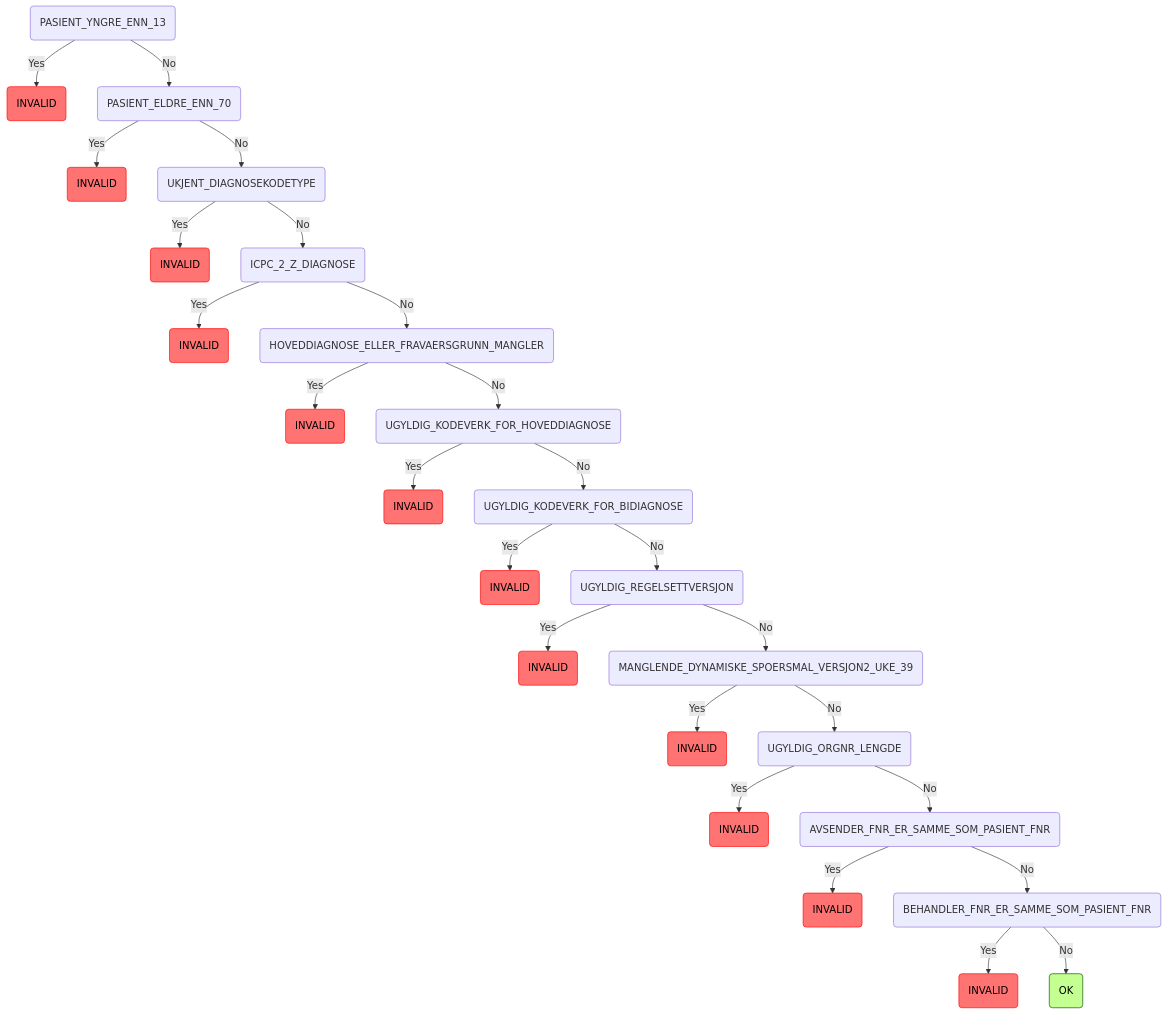
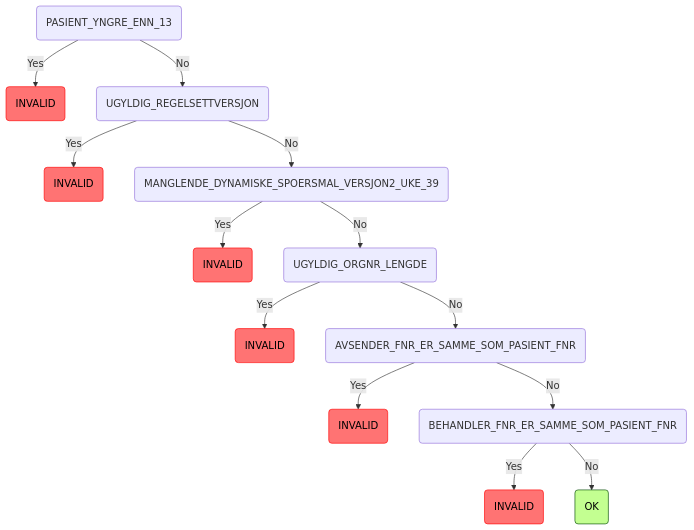
One commit to navikt/syfosmregler changed the sixth of 8 diagrams in README.md. Above: the diagram before and after it, drawn with Mermaid. The commit also changed other lines of this file and 13 other files, not shown here.

````diff
--- a/README.md
+++ b/README.md
@@ -238,32 +240,20 @@
 ```mermaid
 graph TD
     root(PASIENT_YNGRE_ENN_13) -->|Yes| root_PASIENT_YNGRE_ENN_13_INVALID(INVALID):::invalid
-    root(PASIENT_YNGRE_ENN_13) -->|No| root_PASIENT_YNGRE_ENN_13_PASIENT_ELDRE_ENN_70(PASIENT_ELDRE_ENN_70)
-    root_PASIENT_YNGRE_ENN_13_PASIENT_ELDRE_ENN_70(PASIENT_ELDRE_ENN_70) -->|Yes| root_PASIENT_YNGRE_ENN_13_PASIENT_ELDRE_ENN_70_INVALID(INVALID):::invalid
-    root_PASIENT_YNGRE_ENN_13_PASIENT_ELDRE_ENN_70(PASIENT_ELDRE_ENN_70) -->|No| root_PASIENT_YNGRE_ENN_13_PASIENT_ELDRE_ENN_70_UKJENT_DIAGNOSEKODETYPE(UKJENT_DIAGNOSEKODETYPE)
-    root_PASIENT_YNGRE_ENN_13_PASIENT_ELDRE_ENN_70_UKJENT_DIAGNOSEKODETYPE(UKJENT_DIAGNOSEKODETYPE) -->|Yes| root_PASIENT_YNGRE_ENN_13_PASIENT_ELDRE_ENN_70_UKJENT_DIAGNOSEKODETYPE_INVALID(INVALID):::invalid
-    root_PASIENT_YNGRE_ENN_13_PASIENT_ELDRE_ENN_70_UKJENT_DIAGNOSEKODETYPE(UKJENT_DIAGNOSEKODETYPE) -->|No| root_PASIENT_YNGRE_ENN_13_PASIENT_ELDRE_ENN_70_UKJENT_DIAGNOSEKODETYPE_ICPC_2_Z_DIAGNOSE(ICPC_2_Z_DIAGNOSE)
-    root_PASIENT_YNGRE_ENN_13_PASIENT_ELDRE_ENN_70_UKJENT_DIAGNOSEKODETYPE_ICPC_2_Z_DIAGNOSE(ICPC_2_Z_DIAGNOSE) -->|Yes| root_PASIENT_YNGRE_ENN_13_PASIENT_ELDRE_ENN_70_UKJENT_DIAGNOSEKODETYPE_ICPC_2_Z_DIAGNOSE_INVALID(INVALID):::invalid
-    root_PASIENT_YNGRE_ENN_13_PASIENT_ELDRE_ENN_70_UKJENT_DIAGNOSEKODETYPE_ICPC_2_Z_DIAGNOSE(ICPC_2_Z_DIAGNOSE) -->|No| root_PASIENT_YNGRE_ENN_13_PASIENT_ELDRE_ENN_70_UKJENT_DIAGNOSEKODETYPE_ICPC_2_Z_DIAGNOSE_HOVEDDIAGNOSE_ELLER_FRAVAERSGRUNN_MANGLER(HOVEDDIAGNOSE_ELLER_FRAVAERSGRUNN_MANGLER)
-    root_PASIENT_YNGRE_ENN_13_PASIENT_ELDRE_ENN_70_UKJENT_DIAGNOSEKODETYPE_ICPC_2_Z_DIAGNOSE_HOVEDDIAGNOSE_ELLER_FRAVAERSGRUNN_MANGLER(HOVEDDIAGNOSE_ELLER_FRAVAERSGRUNN_MANGLER) -->|Yes| root_PASIENT_YNGRE_ENN_13_PASIENT_ELDRE_ENN_70_UKJENT_DIAGNOSEKODETYPE_ICPC_2_Z_DIAGNOSE_HOVEDDIAGNOSE_ELLER_FRAVAERSGRUNN_MANGLER_INVALID(INVALID):::invalid
-    root_PASIENT_YNGRE_ENN_13_PASIENT_ELDRE_ENN_70_UKJENT_DIAGNOSEKODETYPE_ICPC_2_Z_DIAGNOSE_HOVEDDIAGNOSE_ELLER_FRAVAERSGRUNN_MANGLER(HOVEDDIAGNOSE_ELLER_FRAVAERSGRUNN_MANGLER) -->|No| root_PASIENT_YNGRE_ENN_13_PASIENT_ELDRE_ENN_70_UKJENT_DIAGNOSEKODETYPE_ICPC_2_Z_DIAGNOSE_HOVEDDIAGNOSE_ELLER_FRAVAERSGRUNN_MANGLER_UGYLDIG_KODEVERK_FOR_HOVEDDIAGNOSE(UGYLDIG_KODEVERK_FOR_HOVEDDIAGNOSE)
-    root_PASIENT_YNGRE_ENN_13_PASIENT_ELDRE_ENN_70_UKJENT_DIAGNOSEKODETYPE_ICPC_2_Z_DIAGNOSE_HOVEDDIAGNOSE_ELLER_FRAVAERSGRUNN_MANGLER_UGYLDIG_KODEVERK_FOR_HOVEDDIAGNOSE(UGYLDIG_KODEVERK_FOR_HOVEDDIAGNOSE) -->|Yes| root_PASIENT_YNGRE_ENN_13_PASIENT_ELDRE_ENN_70_UKJENT_DIAGNOSEKODETYPE_ICPC_2_Z_DIAGNOSE_HOVEDDIAGNOSE_ELLER_FRAVAERSGRUNN_MANGLER_UGYLDIG_KODEVERK_FOR_HOVEDDIAGNOSE_INVALID(INVALID):::invalid
-    root_PASIENT_YNGRE_ENN_13_PASIENT_ELDRE_ENN_70_UKJENT_DIAGNOSEKODETYPE_ICPC_2_Z_DIAGNOSE_HOVEDDIAGNOSE_ELLER_FRAVAERSGRUNN_MANGLER_UGYLDIG_KODEVERK_FOR_HOVEDDIAGNOSE(UGYLDIG_KODEVERK_FOR_HOVEDDIAGNOSE) -->|No| root_PASIENT_YNGRE_ENN_13_PASIENT_ELDRE_ENN_70_UKJENT_DIAGNOSEKODETYPE_ICPC_2_Z_DIAGNOSE_HOVEDDIAGNOSE_ELLER_FRAVAERSGRUNN_MANGLER_UGYLDIG_KODEVERK_FOR_HOVEDDIAGNOSE_UGYLDIG_KODEVERK_FOR_BIDIAGNOSE(UGYLDIG_KODEVERK_FOR_BIDIAGNOSE)
-    root_PASIENT_YNGRE_ENN_13_PASIENT_ELDRE_ENN_70_UKJENT_DIAGNOSEKODETYPE_ICPC_2_Z_DIAGNOSE_HOVEDDIAGNOSE_ELLER_FRAVAERSGRUNN_MANGLER_UGYLDIG_KODEVERK_FOR_HOVEDDIAGNOSE_UGYLDIG_KODEVERK_FOR_BIDIAGNOSE(UGYLDIG_KODEVERK_FOR_BIDIAGNOSE) -->|Yes| root_PASIENT_YNGRE_ENN_13_PASIENT_ELDRE_ENN_70_UKJENT_DIAGNOSEKODETYPE_ICPC_2_Z_DIAGNOSE_HOVEDDIAGNOSE_ELLER_FRAVAERSGRUNN_MANGLER_UGYLDIG_KODEVERK_FOR_HOVEDDIAGNOSE_UGYLDIG_KODEVERK_FOR_BIDIAGNOSE_INVALID(INVALID):::invalid
-    root_PASIENT_YNGRE_ENN_13_PASIENT_ELDRE_ENN_70_UKJENT_DIAGNOSEKODETYPE_ICPC_2_Z_DIAGNOSE_HOVEDDIAGNOSE_ELLER_FRAVAERSGRUNN_MANGLER_UGYLDIG_KODEVERK_FOR_HOVEDDIAGNOSE_UGYLDIG_KODEVERK_FOR_BIDIAGNOSE(UGYLDIG_KODEVERK_FOR_BIDIAGNOSE) -->|No| root_PASIENT_YNGRE_ENN_13_PASIENT_ELDRE_ENN_70_UKJENT_DIAGNOSEKODETYPE_ICPC_2_Z_DIAGNOSE_HOVEDDIAGNOSE_ELLER_FRAVAERSGRUNN_MANGLER_UGYLDIG_KODEVERK_FOR_HOVEDDIAGNOSE_UGYLDIG_KODEVERK_FOR_BIDIAGNOSE_UGYLDIG_REGELSETTVERSJON(UGYLDIG_REGELSETTVERSJON)
-    root_PASIENT_YNGRE_ENN_13_PASIENT_ELDRE_ENN_70_UKJENT_DIAGNOSEKODETYPE_ICPC_2_Z_DIAGNOSE_HOVEDDIAGNOSE_ELLER_FRAVAERSGRUNN_MANGLER_UGYLDIG_KODEVERK_FOR_HOVEDDIAGNOSE_UGYLDIG_KODEVERK_FOR_BIDIAGNOSE_UGYLDIG_REGELSETTVERSJON(UGYLDIG_REGELSETTVERSJON) -->|Yes| root_PASIENT_YNGRE_ENN_13_PASIENT_ELDRE_ENN_70_UKJENT_DIAGNOSEKODETYPE_ICPC_2_Z_DIAGNOSE_HOVEDDIAGNOSE_ELLER_FRAVAERSGRUNN_MANGLER_UGYLDIG_KODEVERK_FOR_HOVEDDIAGNOSE_UGYLDIG_KODEVERK_FOR_BIDIAGNOSE_UGYLDIG_REGELSETTVERSJON_INVALID(INVALID):::invalid
-    root_PASIENT_YNGRE_ENN_13_PASIENT_ELDRE_ENN_70_UKJENT_DIAGNOSEKODETYPE_ICPC_2_Z_DIAGNOSE_HOVEDDIAGNOSE_ELLER_FRAVAERSGRUNN_MANGLER_UGYLDIG_KODEVERK_FOR_HOVEDDIAGNOSE_UGYLDIG_KODEVERK_FOR_BIDIAGNOSE_UGYLDIG_REGELSETTVERSJON(UGYLDIG_REGELSETTVERSJON) -->|No| root_PASIENT_YNGRE_ENN_13_PASIENT_ELDRE_ENN_70_UKJENT_DIAGNOSEKODETYPE_ICPC_2_Z_DIAGNOSE_HOVEDDIAGNOSE_ELLER_FRAVAERSGRUNN_MANGLER_UGYLDIG_KODEVERK_FOR_HOVEDDIAGNOSE_UGYLDIG_KODEVERK_FOR_BIDIAGNOSE_UGYLDIG_REGELSETTVERSJON_MANGLENDE_DYNAMISKE_SPOERSMAL_VERSJON2_UKE_39(MANGLENDE_DYNAMISKE_SPOERSMAL_VERSJON2_UKE_39)
-    root_PASIENT_YNGRE_ENN_13_PASIENT_ELDRE_ENN_70_UKJENT_DIAGNOSEKODETYPE_ICPC_2_Z_DIAGNOSE_HOVEDDIAGNOSE_ELLER_FRAVAERSGRUNN_MANGLER_UGYLDIG_KODEVERK_FOR_HOVEDDIAGNOSE_UGYLDIG_KODEVERK_FOR_BIDIAGNOSE_UGYLDIG_REGELSETTVERSJON_MANGLENDE_DYNAMISKE_SPOERSMAL_VERSJON2_UKE_39(MANGLENDE_DYNAMISKE_SPOERSMAL_VERSJON2_UKE_39) -->|Yes| root_PASIENT_YNGRE_ENN_13_PASIENT_ELDRE_ENN_70_UKJENT_DIAGNOSEKODETYPE_ICPC_2_Z_DIAGNOSE_HOVEDDIAGNOSE_ELLER_FRAVAERSGRUNN_MANGLER_UGYLDIG_KODEVERK_FOR_HOVEDDIAGNOSE_UGYLDIG_KODEVERK_FOR_BIDIAGNOSE_UGYLDIG_REGELSETTVERSJON_MANGLENDE_DYNAMISKE_SPOERSMAL_VERSJON2_UKE_39_INVALID(INVALID):::invalid
-    root_PASIENT_YNGRE_ENN_13_PASIENT_ELDRE_ENN_70_UKJENT_DIAGNOSEKODETYPE_ICPC_2_Z_DIAGNOSE_HOVEDDIAGNOSE_ELLER_FRAVAERSGRUNN_MANGLER_UGYLDIG_KODEVERK_FOR_HOVEDDIAGNOSE_UGYLDIG_KODEVERK_FOR_BIDIAGNOSE_UGYLDIG_REGELSETTVERSJON_MANGLENDE_DYNAMISKE_SPOERSMAL_VERSJON2_UKE_39(MANGLENDE_DYNAMISKE_SPOERSMAL_VERSJON2_UKE_39) -->|No| root_PASIENT_YNGRE_ENN_13_PASIENT_ELDRE_ENN_70_UKJENT_DIAGNOSEKODETYPE_ICPC_2_Z_DIAGNOSE_HOVEDDIAGNOSE_ELLER_FRAVAERSGRUNN_MANGLER_UGYLDIG_KODEVERK_FOR_HOVEDDIAGNOSE_UGYLDIG_KODEVERK_FOR_BIDIAGNOSE_UGYLDIG_REGELSETTVERSJON_MANGLENDE_DYNAMISKE_SPOERSMAL_VERSJON2_UKE_39_UGYLDIG_ORGNR_LENGDE(UGYLDIG_ORGNR_LENGDE)
-    root_PASIENT_YNGRE_ENN_13_PASIENT_ELDRE_ENN_70_UKJENT_DIAGNOSEKODETYPE_ICPC_2_Z_DIAGNOSE_HOVEDDIAGNOSE_ELLER_FRAVAERSGRUNN_MANGLER_UGYLDIG_KODEVERK_FOR_HOVEDDIAGNOSE_UGYLDIG_KODEVERK_FOR_BIDIAGNOSE_UGYLDIG_REGELSETTVERSJON_MANGLENDE_DYNAMISKE_SPOERSMAL_VERSJON2_UKE_39_UGYLDIG_ORGNR_LENGDE(UGYLDIG_ORGNR_LENGDE) -->|Yes| root_PASIENT_YNGRE_ENN_13_PASIENT_ELDRE_ENN_70_UKJENT_DIAGNOSEKODETYPE_ICPC_2_Z_DIAGNOSE_HOVEDDIAGNOSE_ELLER_FRAVAERSGRUNN_MANGLER_UGYLDIG_KODEVERK_FOR_HOVEDDIAGNOSE_UGYLDIG_KODEVERK_FOR_BIDIAGNOSE_UGYLDIG_REGELSETTVERSJON_MANGLENDE_DYNAMISKE_SPOERSMAL_VERSJON2_UKE_39_UGYLDIG_ORGNR_LENGDE_INVALID(INVALID):::invalid
-    root_PASIENT_YNGRE_ENN_13_PASIENT_ELDRE_ENN_70_UKJENT_DIAGNOSEKODETYPE_ICPC_2_Z_DIAGNOSE_HOVEDDIAGNOSE_ELLER_FRAVAERSGRUNN_MANGLER_UGYLDIG_KODEVERK_FOR_HOVEDDIAGNOSE_UGYLDIG_KODEVERK_FOR_BIDIAGNOSE_UGYLDIG_REGELSETTVERSJON_MANGLENDE_DYNAMISKE_SPOERSMAL_VERSJON2_UKE_39_UGYLDIG_ORGNR_LENGDE(UGYLDIG_ORGNR_LENGDE) -->|No| root_PASIENT_YNGRE_ENN_13_PASIENT_ELDRE_ENN_70_UKJENT_DIAGNOSEKODETYPE_ICPC_2_Z_DIAGNOSE_HOVEDDIAGNOSE_ELLER_FRAVAERSGRUNN_MANGLER_UGYLDIG_KODEVERK_FOR_HOVEDDIAGNOSE_UGYLDIG_KODEVERK_FOR_BIDIAGNOSE_UGYLDIG_REGELSETTVERSJON_MANGLENDE_DYNAMISKE_SPOERSMAL_VERSJON2_UKE_39_UGYLDIG_ORGNR_LENGDE_AVSENDER_FNR_ER_SAMME_SOM_PASIENT_FNR(AVSENDER_FNR_ER_SAMME_SOM_PASIENT_FNR)
-    root_PASIENT_YNGRE_ENN_13_PASIENT_ELDRE_ENN_70_UKJENT_DIAGNOSEKODETYPE_ICPC_2_Z_DIAGNOSE_HOVEDDIAGNOSE_ELLER_FRAVAERSGRUNN_MANGLER_UGYLDIG_KODEVERK_FOR_HOVEDDIAGNOSE_UGYLDIG_KODEVERK_FOR_BIDIAGNOSE_UGYLDIG_REGELSETTVERSJON_MANGLENDE_DYNAMISKE_SPOERSMAL_VERSJON2_UKE_39_UGYLDIG_ORGNR_LENGDE_AVSENDER_FNR_ER_SAMME_SOM_PASIENT_FNR(AVSENDER_FNR_ER_SAMME_SOM_PASIENT_FNR) -->|Yes| root_PASIENT_YNGRE_ENN_13_PASIENT_ELDRE_ENN_70_UKJENT_DIAGNOSEKODETYPE_ICPC_2_Z_DIAGNOSE_HOVEDDIAGNOSE_ELLER_FRAVAERSGRUNN_MANGLER_UGYLDIG_KODEVERK_FOR_HOVEDDIAGNOSE_UGYLDIG_KODEVERK_FOR_BIDIAGNOSE_UGYLDIG_REGELSETTVERSJON_MANGLENDE_DYNAMISKE_SPOERSMAL_VERSJON2_UKE_39_UGYLDIG_ORGNR_LENGDE_AVSENDER_FNR_ER_SAMME_SOM_PASIENT_FNR_INVALID(INVALID):::invalid
-    root_PASIENT_YNGRE_ENN_13_PASIENT_ELDRE_ENN_70_UKJENT_DIAGNOSEKODETYPE_ICPC_2_Z_DIAGNOSE_HOVEDDIAGNOSE_ELLER_FRAVAERSGRUNN_MANGLER_UGYLDIG_KODEVERK_FOR_HOVEDDIAGNOSE_UGYLDIG_KODEVERK_FOR_BIDIAGNOSE_UGYLDIG_REGELSETTVERSJON_MANGLENDE_DYNAMISKE_SPOERSMAL_VERSJON2_UKE_39_UGYLDIG_ORGNR_LENGDE_AVSENDER_FNR_ER_SAMME_SOM_PASIENT_FNR(AVSENDER_FNR_ER_SAMME_SOM_PASIENT_FNR) -->|No| root_PASIENT_YNGRE_ENN_13_PASIENT_ELDRE_ENN_70_UKJENT_DIAGNOSEKODETYPE_ICPC_2_Z_DIAGNOSE_HOVEDDIAGNOSE_ELLER_FRAVAERSGRUNN_MANGLER_UGYLDIG_KODEVERK_FOR_HOVEDDIAGNOSE_UGYLDIG_KODEVERK_FOR_BIDIAGNOSE_UGYLDIG_REGELSETTVERSJON_MANGLENDE_DYNAMISKE_SPOERSMAL_VERSJON2_UKE_39_UGYLDIG_ORGNR_LENGDE_AVSENDER_FNR_ER_SAMME_SOM_PASIENT_FNR_BEHANDLER_FNR_ER_SAMME_SOM_PASIENT_FNR(BEHANDLER_FNR_ER_SAMME_SOM_PASIENT_FNR)
-    root_PASIENT_YNGRE_ENN_13_PASIENT_ELDRE_ENN_70_UKJENT_DIAGNOSEKODETYPE_ICPC_2_Z_DIAGNOSE_HOVEDDIAGNOSE_ELLER_FRAVAERSGRUNN_MANGLER_UGYLDIG_KODEVERK_FOR_HOVEDDIAGNOSE_UGYLDIG_KODEVERK_FOR_BIDIAGNOSE_UGYLDIG_REGELSETTVERSJON_MANGLENDE_DYNAMISKE_SPOERSMAL_VERSJON2_UKE_39_UGYLDIG_ORGNR_LENGDE_AVSENDER_FNR_ER_SAMME_SOM_PASIENT_FNR_BEHANDLER_FNR_ER_SAMME_SOM_PASIENT_FNR(BEHANDLER_FNR_ER_SAMME_SOM_PASIENT_FNR) -->|Yes| root_PASIENT_YNGRE_ENN_13_PASIENT_ELDRE_ENN_70_UKJENT_DIAGNOSEKODETYPE_ICPC_2_Z_DIAGNOSE_HOVEDDIAGNOSE_ELLER_FRAVAERSGRUNN_MANGLER_UGYLDIG_KODEVERK_FOR_HOVEDDIAGNOSE_UGYLDIG_KODEVERK_FOR_BIDIAGNOSE_UGYLDIG_REGELSETTVERSJON_MANGLENDE_DYNAMISKE_SPOERSMAL_VERSJON2_UKE_39_UGYLDIG_ORGNR_LENGDE_AVSENDER_FNR_ER_SAMME_SOM_PASIENT_FNR_BEHANDLER_FNR_ER_SAMME_SOM_PASIENT_FNR_INVALID(INVALID):::invalid
-    root_PASIENT_YNGRE_ENN_13_PASIENT_ELDRE_ENN_70_UKJENT_DIAGNOSEKODETYPE_ICPC_2_Z_DIAGNOSE_HOVEDDIAGNOSE_ELLER_FRAVAERSGRUNN_MANGLER_UGYLDIG_KODEVERK_FOR_HOVEDDIAGNOSE_UGYLDIG_KODEVERK_FOR_BIDIAGNOSE_UGYLDIG_REGELSETTVERSJON_MANGLENDE_DYNAMISKE_SPOERSMAL_VERSJON2_UKE_39_UGYLDIG_ORGNR_LENGDE_AVSENDER_FNR_ER_SAMME_SOM_PASIENT_FNR_BEHANDLER_FNR_ER_SAMME_SOM_PASIENT_FNR(BEHANDLER_FNR_ER_SAMME_SOM_PASIENT_FNR) -->|No| root_PASIENT_YNGRE_ENN_13_PASIENT_ELDRE_ENN_70_UKJENT_DIAGNOSEKODETYPE_ICPC_2_Z_DIAGNOSE_HOVEDDIAGNOSE_ELLER_FRAVAERSGRUNN_MANGLER_UGYLDIG_KODEVERK_FOR_HOVEDDIAGNOSE_UGYLDIG_KODEVERK_FOR_BIDIAGNOSE_UGYLDIG_REGELSETTVERSJON_MANGLENDE_DYNAMISKE_SPOERSMAL_VERSJON2_UKE_39_UGYLDIG_ORGNR_LENGDE_AVSENDER_FNR_ER_SAMME_SOM_PASIENT_FNR_BEHANDLER_FNR_ER_SAMME_SOM_PASIENT_FNR_OK(OK):::ok
+    root(PASIENT_YNGRE_ENN_13) -->|No| root_PASIENT_YNGRE_ENN_13_UGYLDIG_REGELSETTVERSJON(UGYLDIG_REGELSETTVERSJON)
+    root_PASIENT_YNGRE_ENN_13_UGYLDIG_REGELSETTVERSJON(UGYLDIG_REGELSETTVERSJON) -->|Yes| root_PASIENT_YNGRE_ENN_13_UGYLDIG_REGELSETTVERSJON_INVALID(INVALID):::invalid
+    root_PASIENT_YNGRE_ENN_13_UGYLDIG_REGELSETTVERSJON(UGYLDIG_REGELSETTVERSJON) -->|No| root_PASIENT_YNGRE_ENN_13_UGYLDIG_REGELSETTVERSJON_MANGLENDE_DYNAMISKE_SPOERSMAL_VERSJON2_UKE_39(MANGLENDE_DYNAMISKE_SPOERSMAL_VERSJON2_UKE_39)
+    root_PASIENT_YNGRE_ENN_13_UGYLDIG_REGELSETTVERSJON_MANGLENDE_DYNAMISKE_SPOERSMAL_VERSJON2_UKE_39(MANGLENDE_DYNAMISKE_SPOERSMAL_VERSJON2_UKE_39) -->|Yes| root_PASIENT_YNGRE_ENN_13_UGYLDIG_REGELSETTVERSJON_MANGLENDE_DYNAMISKE_SPOERSMAL_VERSJON2_UKE_39_INVALID(INVALID):::invalid
+    root_PASIENT_YNGRE_ENN_13_UGYLDIG_REGELSETTVERSJON_MANGLENDE_DYNAMISKE_SPOERSMAL_VERSJON2_UKE_39(MANGLENDE_DYNAMISKE_SPOERSMAL_VERSJON2_UKE_39) -->|No| root_PASIENT_YNGRE_ENN_13_UGYLDIG_REGELSETTVERSJON_MANGLENDE_DYNAMISKE_SPOERSMAL_VERSJON2_UKE_39_UGYLDIG_ORGNR_LENGDE(UGYLDIG_ORGNR_LENGDE)
+    root_PASIENT_YNGRE_ENN_13_UGYLDIG_REGELSETTVERSJON_MANGLENDE_DYNAMISKE_SPOERSMAL_VERSJON2_UKE_39_UGYLDIG_ORGNR_LENGDE(UGYLDIG_ORGNR_LENGDE) -->|Yes| root_PASIENT_YNGRE_ENN_13_UGYLDIG_REGELSETTVERSJON_MANGLENDE_DYNAMISKE_SPOERSMAL_VERSJON2_UKE_39_UGYLDIG_ORGNR_LENGDE_INVALID(INVALID):::invalid
+    root_PASIENT_YNGRE_ENN_13_UGYLDIG_REGELSETTVERSJON_MANGLENDE_DYNAMISKE_SPOERSMAL_VERSJON2_UKE_39_UGYLDIG_ORGNR_LENGDE(UGYLDIG_ORGNR_LENGDE) -->|No| root_PASIENT_YNGRE_ENN_13_UGYLDIG_REGELSETTVERSJON_MANGLENDE_DYNAMISKE_SPOERSMAL_VERSJON2_UKE_39_UGYLDIG_ORGNR_LENGDE_AVSENDER_FNR_ER_SAMME_SOM_PASIENT_FNR(AVSENDER_FNR_ER_SAMME_SOM_PASIENT_FNR)
+    root_PASIENT_YNGRE_ENN_13_UGYLDIG_REGELSETTVERSJON_MANGLENDE_DYNAMISKE_SPOERSMAL_VERSJON2_UKE_39_UGYLDIG_ORGNR_LENGDE_AVSENDER_FNR_ER_SAMME_SOM_PASIENT_FNR(AVSENDER_FNR_ER_SAMME_SOM_PASIENT_FNR) -->|Yes| root_PASIENT_YNGRE_ENN_13_UGYLDIG_REGELSETTVERSJON_MANGLENDE_DYNAMISKE_SPOERSMAL_VERSJON2_UKE_39_UGYLDIG_ORGNR_LENGDE_AVSENDER_FNR_ER_SAMME_SOM_PASIENT_FNR_INVALID(INVALID):::invalid
+    root_PASIENT_YNGRE_ENN_13_UGYLDIG_REGELSETTVERSJON_MANGLENDE_DYNAMISKE_SPOERSMAL_VERSJON2_UKE_39_UGYLDIG_ORGNR_LENGDE_AVSENDER_FNR_ER_SAMME_SOM_PASIENT_FNR(AVSENDER_FNR_ER_SAMME_SOM_PASIENT_FNR) -->|No| root_PASIENT_YNGRE_ENN_13_UGYLDIG_REGELSETTVERSJON_MANGLENDE_DYNAMISKE_SPOERSMAL_VERSJON2_UKE_39_UGYLDIG_ORGNR_LENGDE_AVSENDER_FNR_ER_SAMME_SOM_PASIENT_FNR_BEHANDLER_FNR_ER_SAMME_SOM_PASIENT_FNR(BEHANDLER_FNR_ER_SAMME_SOM_PASIENT_FNR)
+    root_PASIENT_YNGRE_ENN_13_UGYLDIG_REGELSETTVERSJON_MANGLENDE_DYNAMISKE_SPOERSMAL_VERSJON2_UKE_39_UGYLDIG_ORGNR_LENGDE_AVSENDER_FNR_ER_SAMME_SOM_PASIENT_FNR_BEHANDLER_FNR_ER_SAMME_SOM_PASIENT_FNR(BEHANDLER_FNR_ER_SAMME_SOM_PASIENT_FNR) -->|Yes| root_PASIENT_YNGRE_ENN_13_UGYLDIG_REGELSETTVERSJON_MANGLENDE_DYNAMISKE_SPOERSMAL_VERSJON2_UKE_39_UGYLDIG_ORGNR_LENGDE_AVSENDER_FNR_ER_SAMME_SOM_PASIENT_FNR_BEHANDLER_FNR_ER_SAMME_SOM_PASIENT_FNR_INVALID(INVALID):::invalid
+    root_PASIENT_YNGRE_ENN_13_UGYLDIG_REGELSETTVERSJON_MANGLENDE_DYNAMISKE_SPOERSMAL_VERSJON2_UKE_39_UGYLDIG_ORGNR_LENGDE_AVSENDER_FNR_ER_SAMME_SOM_PASIENT_FNR_BEHANDLER_FNR_ER_SAMME_SOM_PASIENT_FNR(BEHANDLER_FNR_ER_SAMME_SOM_PASIENT_FNR) -->|No| root_PASIENT_YNGRE_ENN_13_UGYLDIG_REGELSETTVERSJON_MANGLENDE_DYNAMISKE_SPOERSMAL_VERSJON2_UKE_39_UGYLDIG_ORGNR_LENGDE_AVSENDER_FNR_ER_SAMME_SOM_PASIENT_FNR_BEHANDLER_FNR_ER_SAMME_SOM_PASIENT_FNR_OK(OK):::ok
     classDef ok fill:#c3ff91,stroke:#004a00,color: black;
     classDef invalid fill:#ff7373,stroke:#ff0000,color: black;
     classDef manuell fill:#ffe24f,stroke:#ffd500,color: #473c00;
 
 
 ```
````
